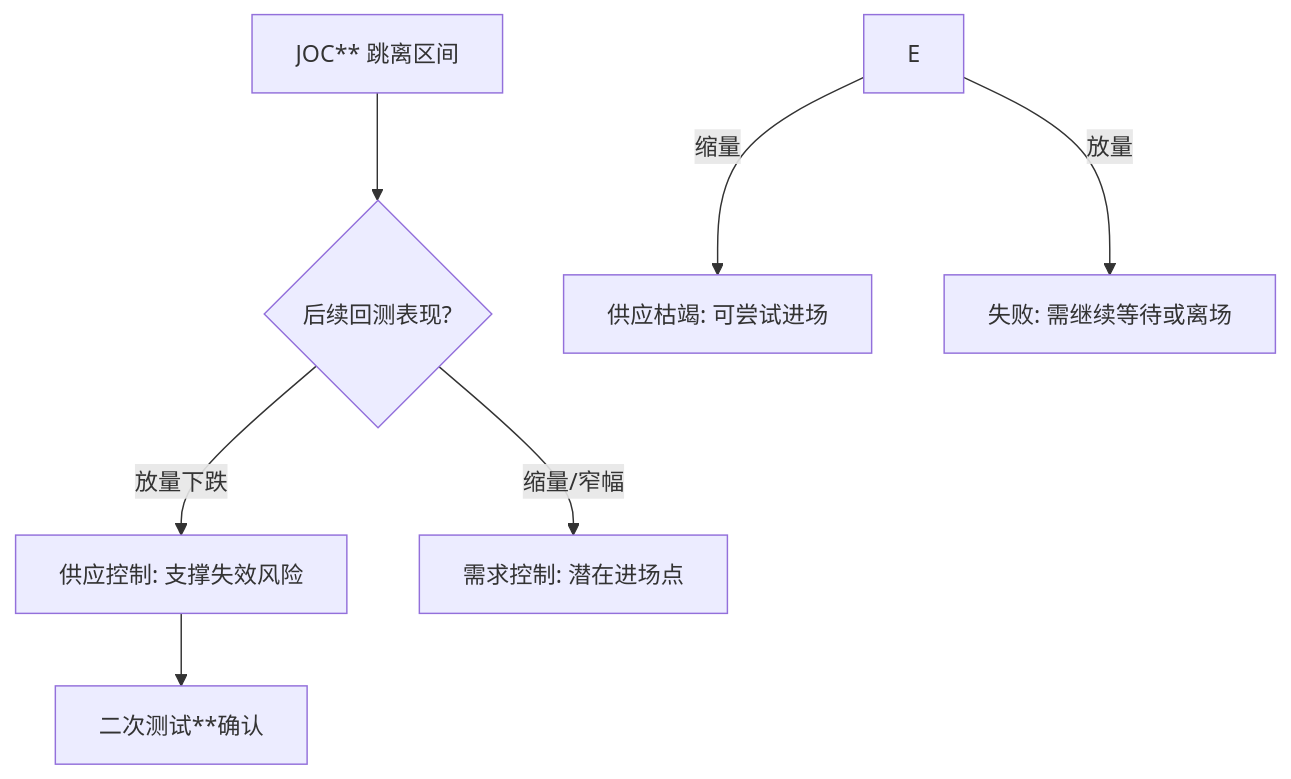
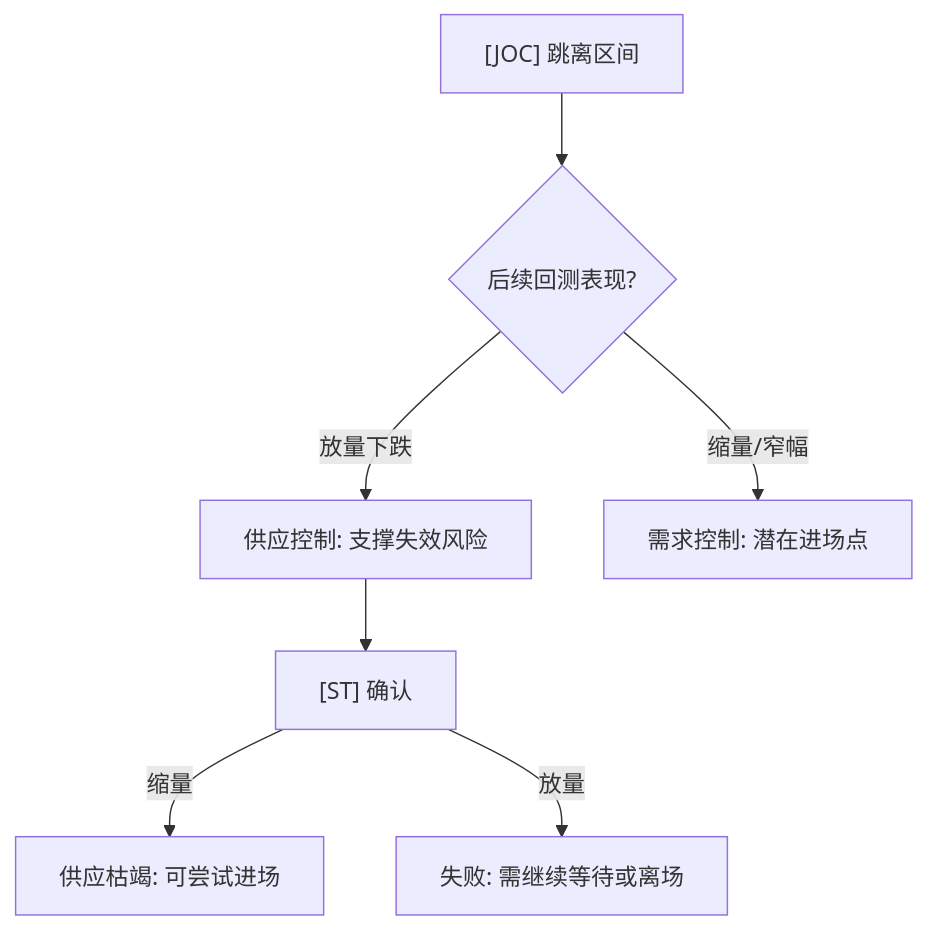
The first of 2 diagrams in docs/第五章_综合分析与实战演练/第二节_供应压力与无需求反弹.md (bigzhu/Wyckoff), drawn with Mermaid before and after one commit. The commit also changed other lines of this file and 9 other files, not shown here.

````diff
--- a/docs/第五章_综合分析与实战演练/第二节_供应压力与无需求反弹.md
+++ b/docs/第五章_综合分析与实战演练/第二节_供应压力与无需求反弹.md
@@ -21,9 +21,9 @@
 ```mermaid
 graph TD
-    A**[JOC** 跳离区间] --> B{后续回测表现?}
-    B -- 放量下跌 --> C["供应控制: 支撑失效风险"]
-    B -- 缩量/窄幅 --> D["需求控制: 潜在进场点"]
-    C --> E**[二次测试**确认]
-    E -- 缩量 --> F["供应枯竭: 可尝试进场"]
-    E -- 放量 --> G["失败: 需继续等待或离场"]
+    A["[JOC] 跳离区间"] --> B{"后续回测表现?"}
+    B -->|"放量下跌"| C["供应控制: 支撑失效风险"]
+    B -->|"缩量/窄幅"| D["需求控制: 潜在进场点"]
+    C --> E["[ST] 确认"]
+    E -->|"缩量"| F["供应枯竭: 可尝试进场"]
+    E -->|"放量"| G["失败: 需继续等待或离场"]
 ```
````
